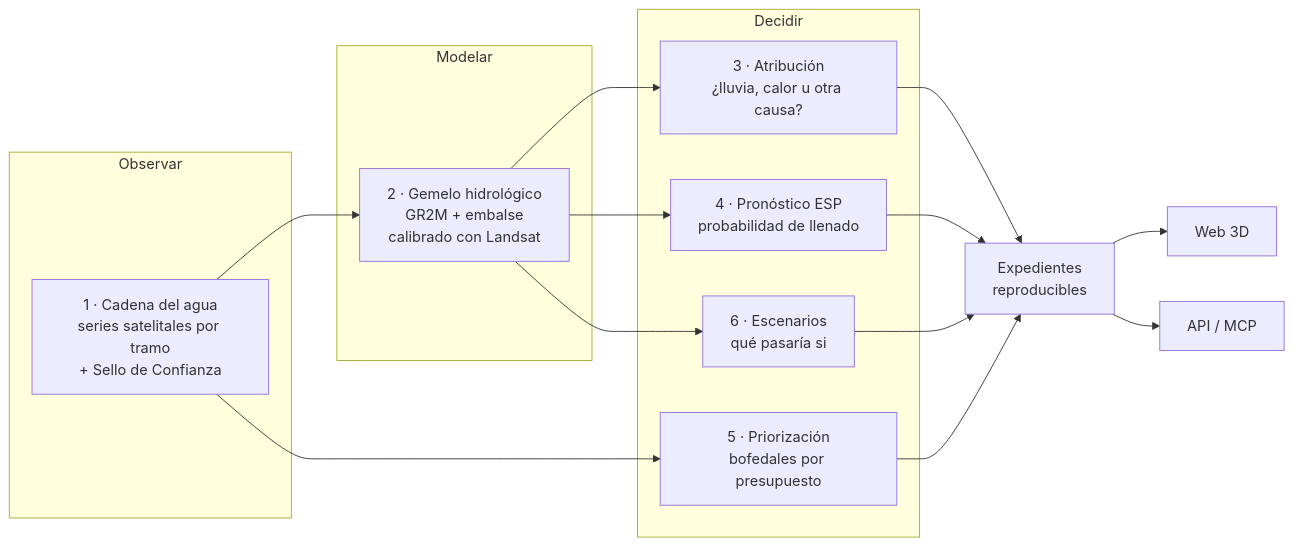
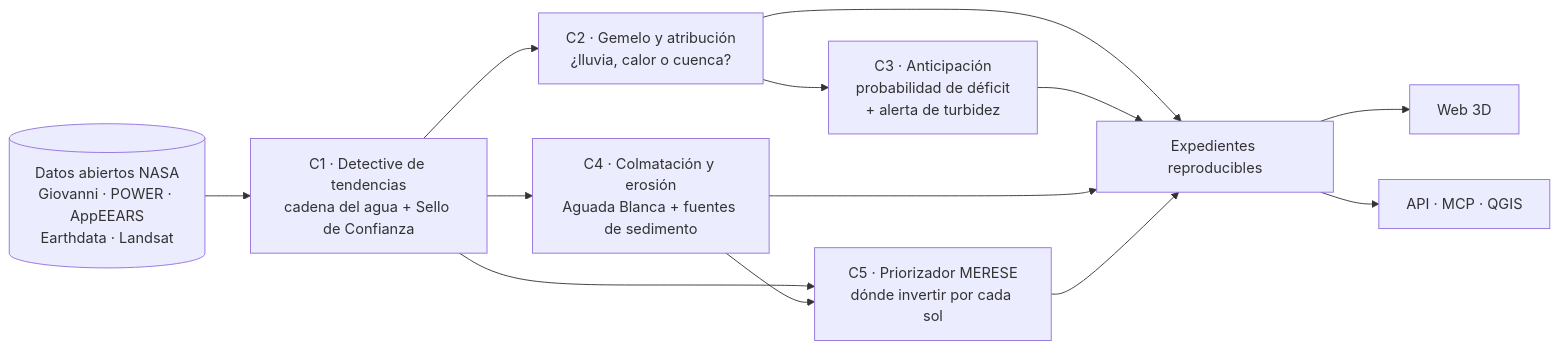
The second of 3 diagrams in readme.md (DiegoNiS/terraverdict), drawn with Mermaid before and after one commit. The commit also changed other lines of this file, not shown here.

Commit message:
wip: planteamiento con datos reales de Arequipa

````diff
--- a/readme.md
+++ b/readme.md
@@ -103,20 +195,10 @@
 ```mermaid
 flowchart LR
-    subgraph Observar
-        A[1 · Cadena del agua\nseries satelitales por tramo\n+ Sello de Confianza]
-    end
-    subgraph Modelar
-        B[2 · Gemelo hidrológico\nGR2M + embalse\ncalibrado con Landsat]
-    end
-    subgraph Decidir
-        C[3 · Atribución\n¿lluvia, calor u otra causa?]
-        D[4 · Pronóstico ESP\nprobabilidad de llenado]
-        E[5 · Priorización\nbofedales por presupuesto]
-        F[6 · Escenarios\nqué pasaría si]
-    end
-    A --> B
-    B --> C & D & F
-    A --> E
-    C & D & E & F --> G[Expedientes\nreproducibles]
-    G --> W[Web 3D] & M[API / MCP]
+    D[(Datos abiertos NASA<br/>Giovanni · POWER · AppEEARS<br/>Earthdata · Landsat)] --> C1
+    C1[C1 · Detective de tendencias<br/>cadena del agua + Sello de Confianza] --> C2[C2 · Gemelo y atribución<br/>¿lluvia, calor o cuenca?]
+    C2 --> C3[C3 · Anticipación<br/>probabilidad de déficit<br/>+ alerta de turbidez]
+    C1 --> C4[C4 · Colmatación y erosión<br/>Aguada Blanca + fuentes de sedimento]
+    C1 & C4 --> C5[C5 · Priorizador MERESE<br/>dónde invertir por cada sol]
+    C2 & C3 & C4 & C5 --> X[Expedientes reproducibles]
+    X --> W[Web 3D] & M[API · MCP · QGIS]
 ```
````
